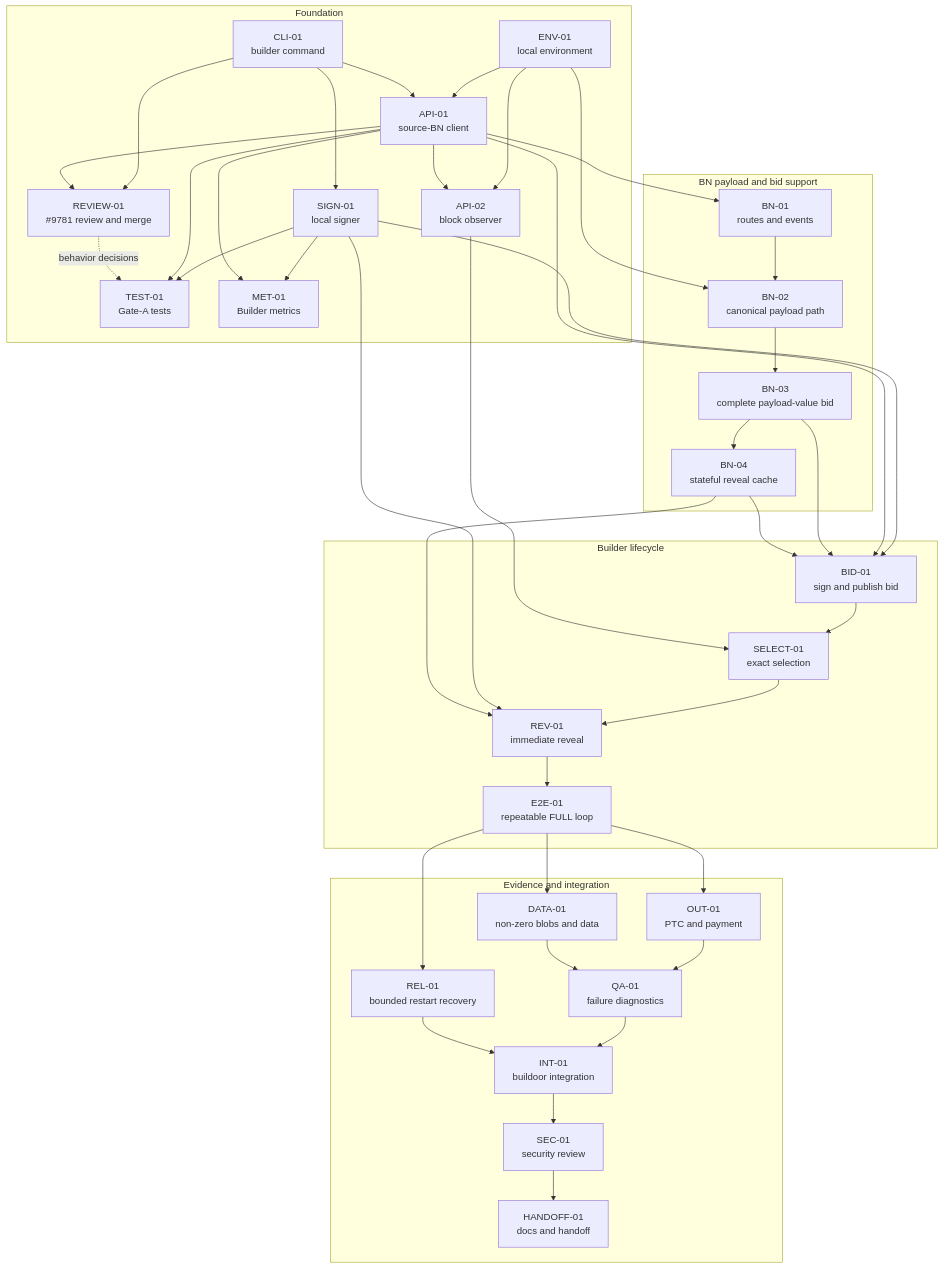
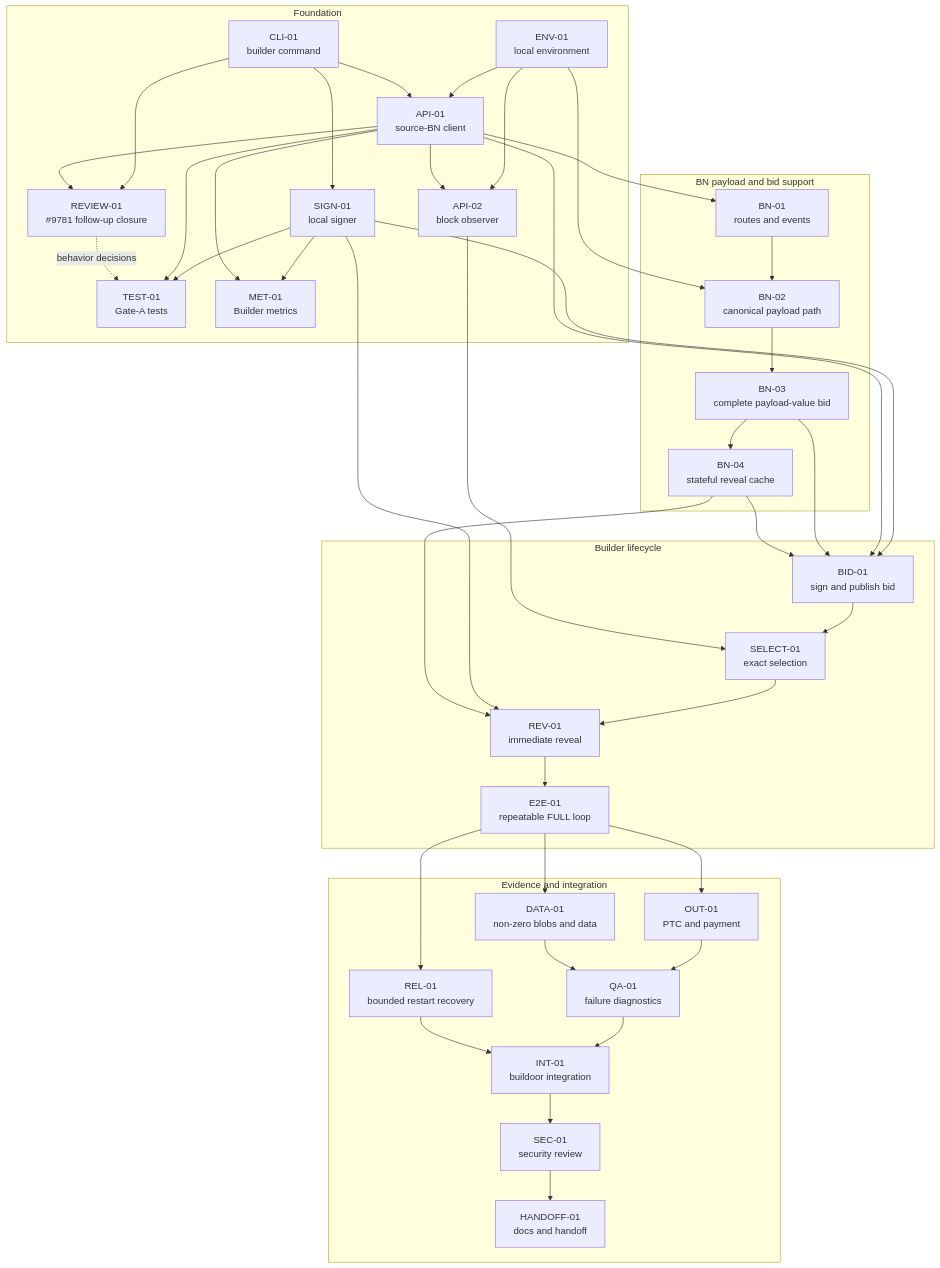
One commit to krisoshea-eth/lodestar-eip-7732-builder-docs changed the ninth of 16 diagrams in docs/implementation-plan.md. Above: the diagram before and after it, drawn with Mermaid. The commit also changed other lines of this file and 2 other files, not shown here.

````diff
--- a/docs/implementation-plan.md
+++ b/docs/implementation-plan.md
@@ -620,74 +621,74 @@
 ```mermaid
 flowchart TD
     subgraph FOUNDATION["Foundation"]
         ENV["ENV-01<br/>local environment"]
         CLI["CLI-01<br/>builder command"]
         SIGN["SIGN-01<br/>local signer"]
         API1["API-01<br/>source-BN client"]
         API2["API-02<br/>block observer"]
         TEST["TEST-01<br/>Gate-A tests"]
         MET["MET-01<br/>Builder metrics"]
-        REVIEW["REVIEW-01<br/>#9781 review and merge"]
+        REVIEW["REVIEW-01<br/>#9781 follow-up closure"]
         ENV --> API1
         ENV --> API2
         CLI --> SIGN
         CLI --> API1
         API1 --> API2
         SIGN --> TEST
         API1 --> TEST
         SIGN --> MET
         API1 --> MET
         CLI --> REVIEW
         API1 --> REVIEW
         REVIEW -. behavior decisions .-> TEST
     end
 
     subgraph BNWORK["BN payload and bid support"]
         BN1["BN-01<br/>routes and events"]
         BN2["BN-02<br/>canonical payload path"]
         BN3["BN-03<br/>complete payload-value bid"]
         BN4["BN-04<br/>stateful reveal cache"]
         BN1 --> BN2
         BN2 --> BN3
         BN3 --> BN4
     end
 
     subgraph LOOP["Builder lifecycle"]
         BID["BID-01<br/>sign and publish bid"]
         SEL["SELECT-01<br/>exact selection"]
         REV["REV-01<br/>immediate reveal"]
         E2E["E2E-01<br/>repeatable FULL loop"]
         BID --> SEL
         SEL --> REV
         REV --> E2E
     end
 
     subgraph EVIDENCE["Evidence and integration"]
         OUT["OUT-01<br/>PTC and payment"]
         DATA["DATA-01<br/>non-zero blobs and data"]
         QA["QA-01<br/>failure diagnostics"]
         REL["REL-01<br/>bounded restart recovery"]
         INT["INT-01<br/>buildoor integration"]
         SEC["SEC-01<br/>security review"]
         HAND["HANDOFF-01<br/>docs and handoff"]
         E2E --> OUT
         E2E --> DATA
         E2E --> REL
         OUT --> QA
         DATA --> QA
         QA --> INT
         REL --> INT
         INT --> SEC
         SEC --> HAND
     end
 
     API1 --> BN1
     ENV --> BN2
     SIGN --> BID
     API1 --> BID
     BN3 --> BID
     BN4 --> BID
     API2 --> SEL
     SIGN --> REV
     BN4 --> REV
 ```
````
